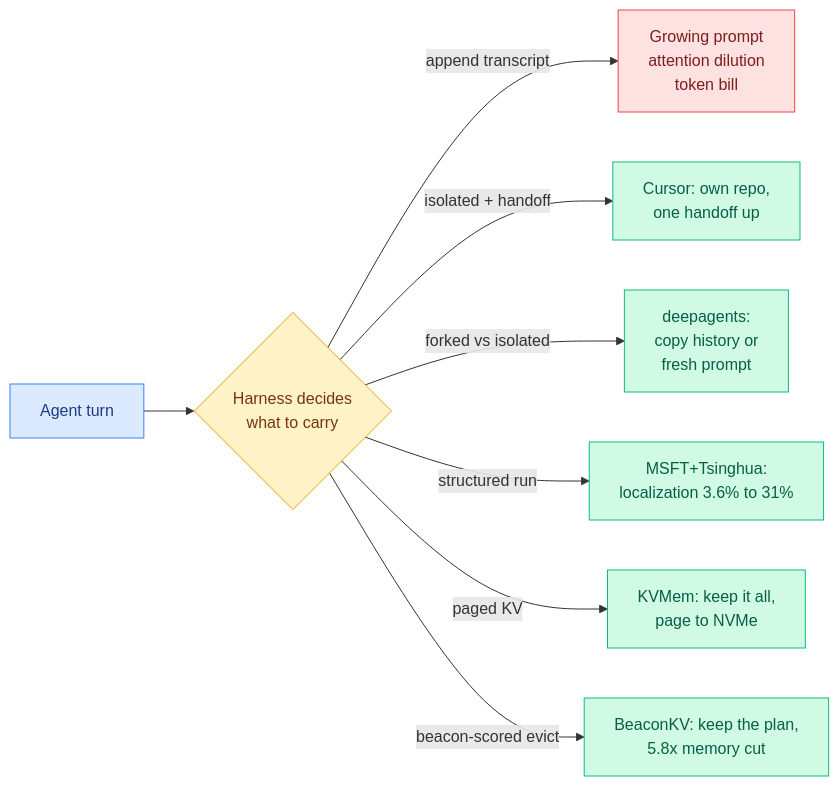
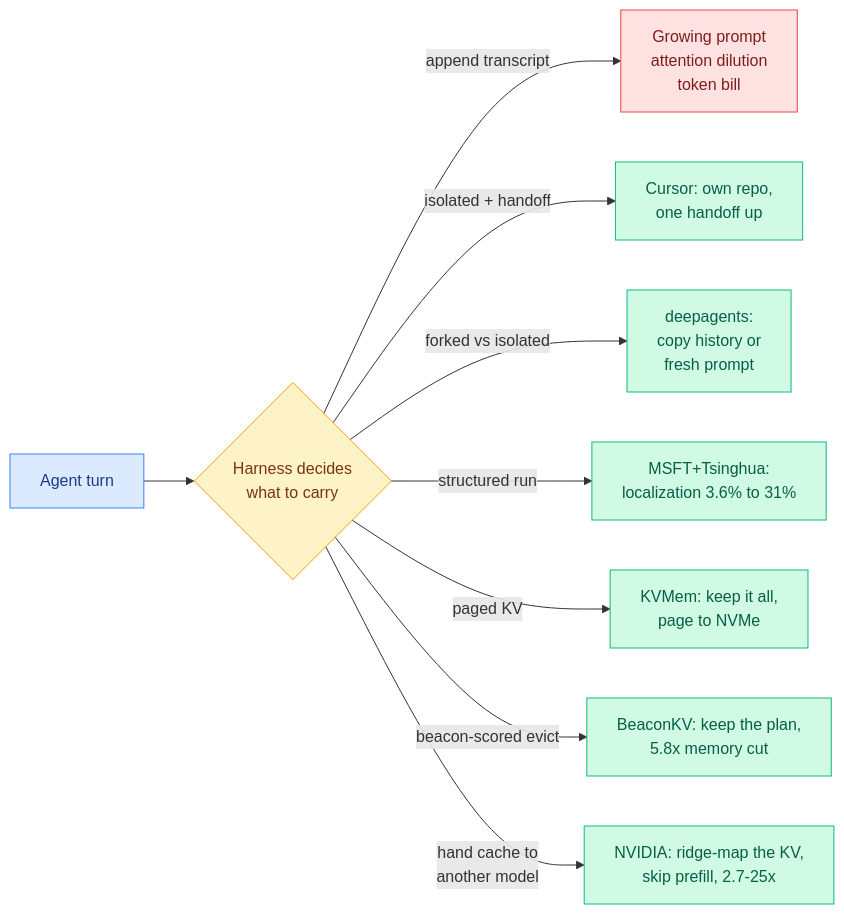
Before and after one commit to bayesiansapien/cere-bro: the diagram in wiki/media-zone/2026-09/2026-09-09.md, drawn with Mermaid. The commit also changed other lines of this file and 6 other files, not shown here.

````diff
--- a/wiki/media-zone/2026-09/2026-09-09.md
+++ b/wiki/media-zone/2026-09/2026-09-09.md
@@ -29,18 +34,19 @@
 ```mermaid
 flowchart LR
   Q[Agent turn] --> H{Harness decides<br/>what to carry}
   H -->|append transcript| A[Growing prompt<br/>attention dilution<br/>token bill]
   H -->|isolated + handoff| B[Cursor: own repo,<br/>one handoff up]
   H -->|forked vs isolated| C[deepagents:<br/>copy history or<br/>fresh prompt]
   H -->|structured run| D[MSFT+Tsinghua:<br/>localization 3.6% to 31%]
   H -->|paged KV| E[KVMem: keep it all,<br/>page to NVMe]
   H -->|beacon-scored evict| F[BeaconKV: keep the plan,<br/>5.8x memory cut]
+  H -->|hand cache to<br/>another model| G[NVIDIA: ridge-map the KV,<br/>skip prefill, 2.7-25x]
   classDef input fill:#dbeafe,stroke:#3b82f6,color:#1e3a8a
   classDef decision fill:#fef3c7,stroke:#f59e0b,color:#78350f
   classDef output fill:#d1fae5,stroke:#10b981,color:#065f46
   classDef warn fill:#fee2e2,stroke:#ef4444,color:#7f1d1d
   class Q input
   class H decision
   class A warn
-  class B,C,D,E,F output
+  class B,C,D,E,F,G output
 ```
````
